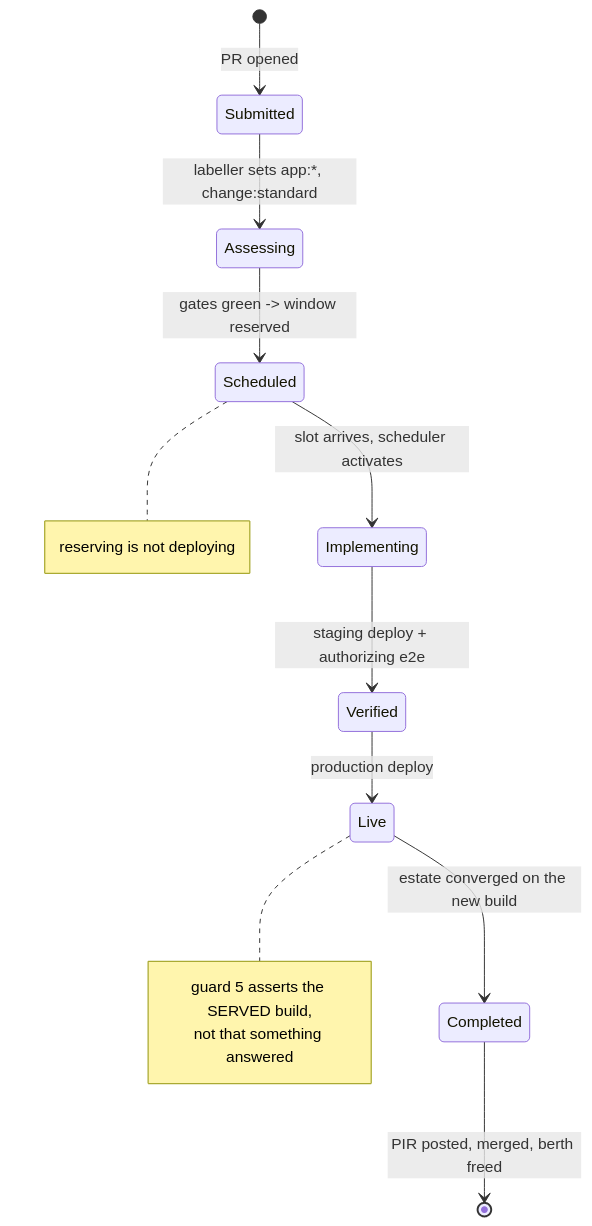
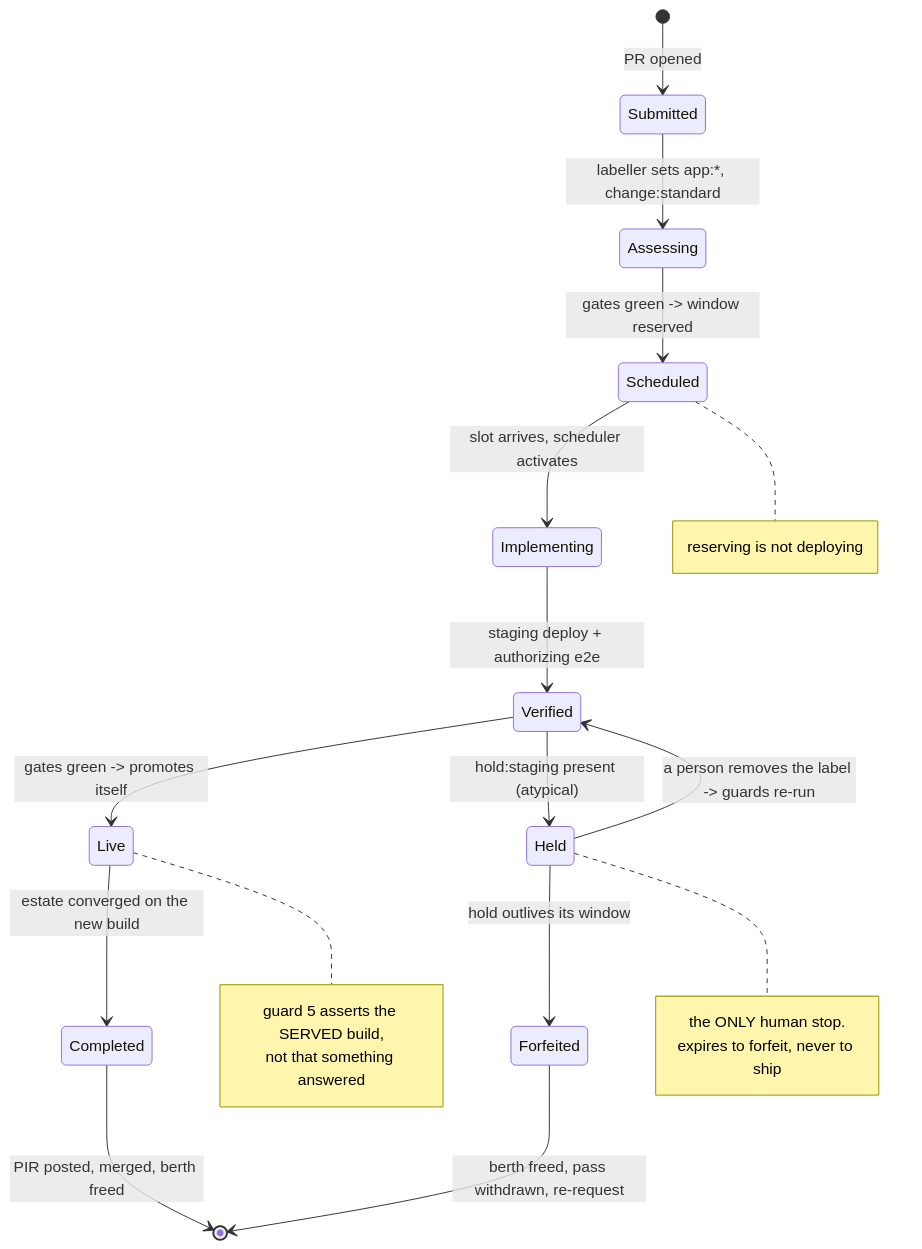
The first of 6 diagrams in README.org (aygp-dr/standard-change), drawn with Mermaid before and after one commit. The commit also changed other lines of this file and 5 other files, not shown here.

First line of the commit message:
feat(change): the change schedule, and deploy-run as a label wrapper

```diff
--- a/README.org
+++ b/README.org
@@ -36,20 +36,28 @@
 #+begin_src mermaid :eval never-export
 stateDiagram-v2
     direction TB
     [*] --> Submitted: PR opened
     Submitted --> Assessing: labeller sets app:*, change:standard
     Assessing --> Scheduled: gates green -> window reserved
     Scheduled --> Implementing: slot arrives, scheduler activates
     Implementing --> Verified: staging deploy + authorizing e2e
-    Verified --> Live: production deploy
+    Verified --> Live: gates green -> promotes itself
+    Verified --> Held: hold:staging present (atypical)
+    Held --> Verified: a person removes the label -> guards re-run
+    Held --> Forfeited: hold outlives its window
+    Forfeited --> [*]: berth freed, pass withdrawn, re-request
     Live --> Completed: estate converged on the new build
     Completed --> [*]: PIR posted, merged, berth freed
 
     note right of Scheduled
         reserving is not deploying
     end note
+    note right of Held
+        the ONLY human stop.
+        expires to forfeit, never to ship
+    end note
     note right of Live
         guard 5 asserts the SERVED build,
         not that something answered
     end note
 #+end_src
```
